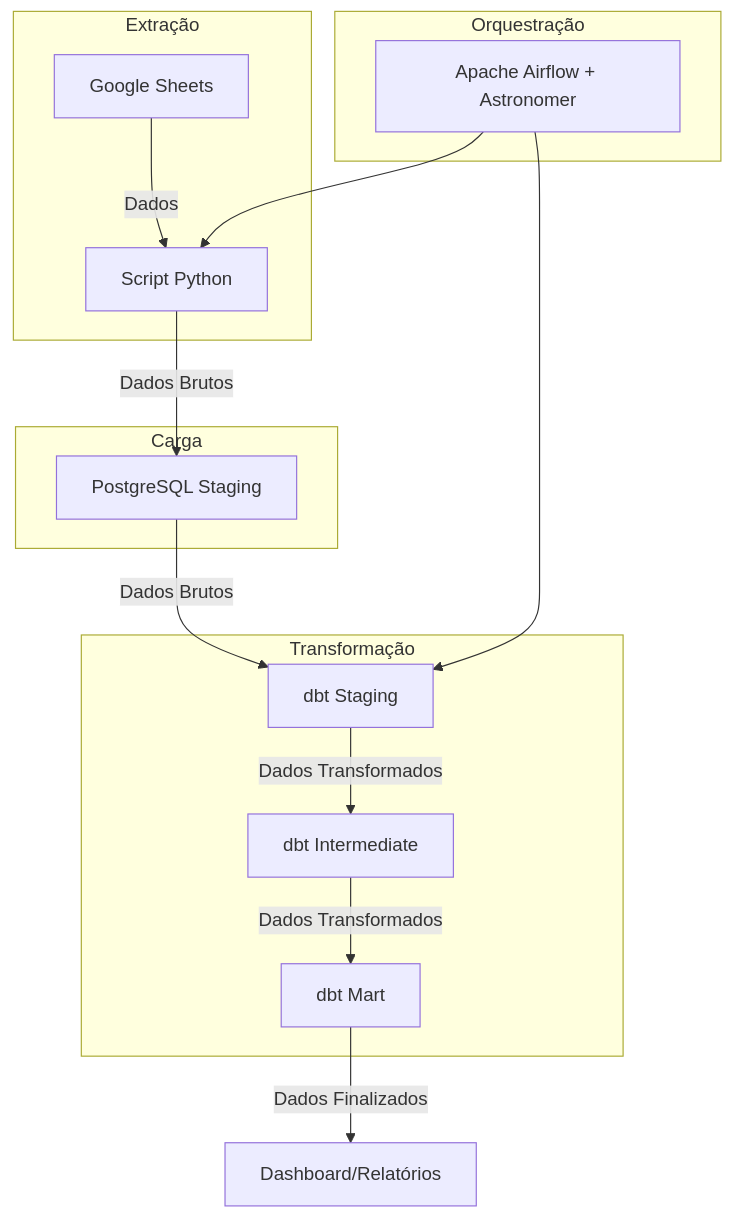
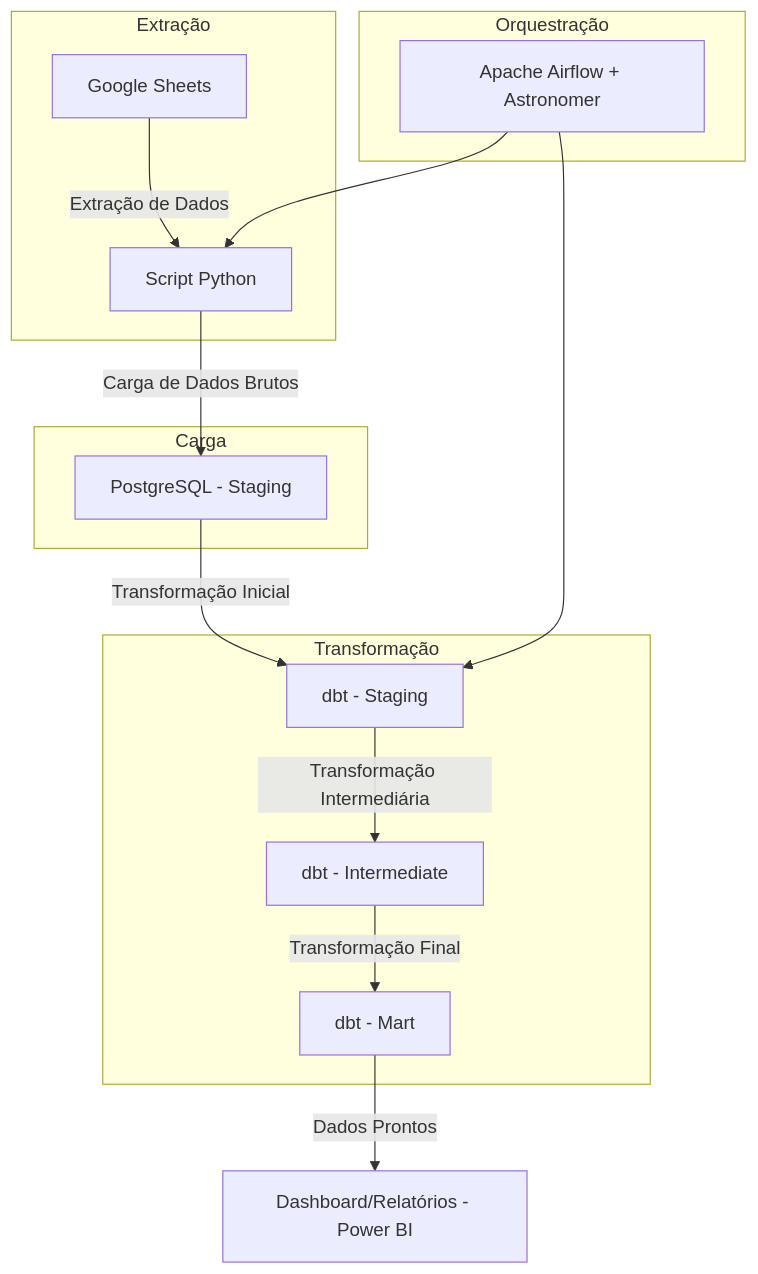
The diagram in README.md (HerbertSouto/Olympic-Games-Pipeline), drawn with Mermaid before and after one commit. The commit also changed other lines of this file, not shown here.

````diff
--- a/README.md
+++ b/README.md
@@ -41,31 +42,30 @@
 ```mermaid
 flowchart TD
-    A[Google Sheets] -->|Dados| B[Script Python]
-    B -->|Dados Brutos| C[PostgreSQL Staging]
-    C -->|Dados Brutos| D[dbt Staging]
-    D -->|Dados Transformados| E[dbt Intermediate]
-    E -->|Dados Transformados| F[dbt Mart]
-    F -->|Dados Finalizados| G[Dashboard/Relatórios]
+    A[Google Sheets] -->|Extração de Dados| B[Script Python]
+    B -->|Carga de Dados Brutos| C[PostgreSQL - Staging]
+    C -->|Transformação Inicial| D[dbt - Staging]
+    D -->|Transformação Intermediária| E[dbt - Intermediate]
+    E -->|Transformação Final| F[dbt - Mart]
+    F -->|Dados Prontos| G[Dashboard/Relatórios - Power BI]
 
     subgraph Extração
         A
         B
     end
 
     subgraph Carga
         C
     end
 
     subgraph Transformação
         D
         E
         F
     end
 
     subgraph Orquestração
         I[Apache Airflow + Astronomer]
         I --> B
         I --> D
     end
-
 ```
````
